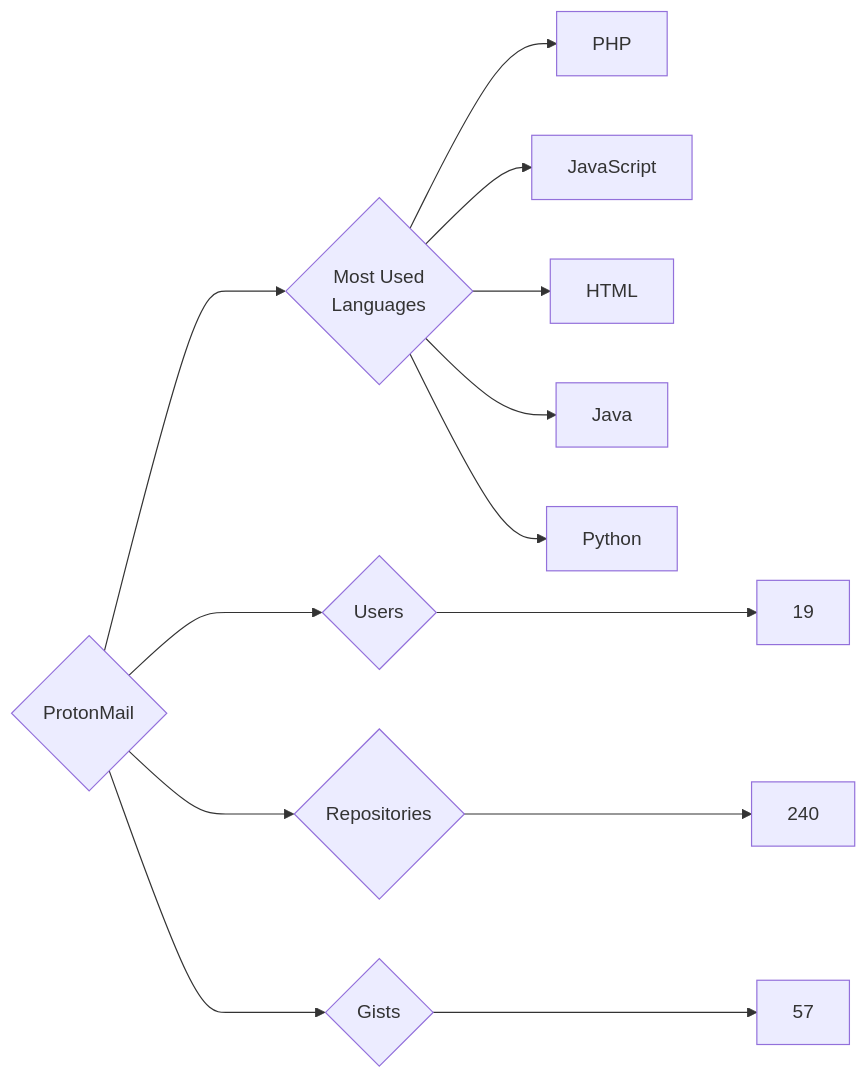
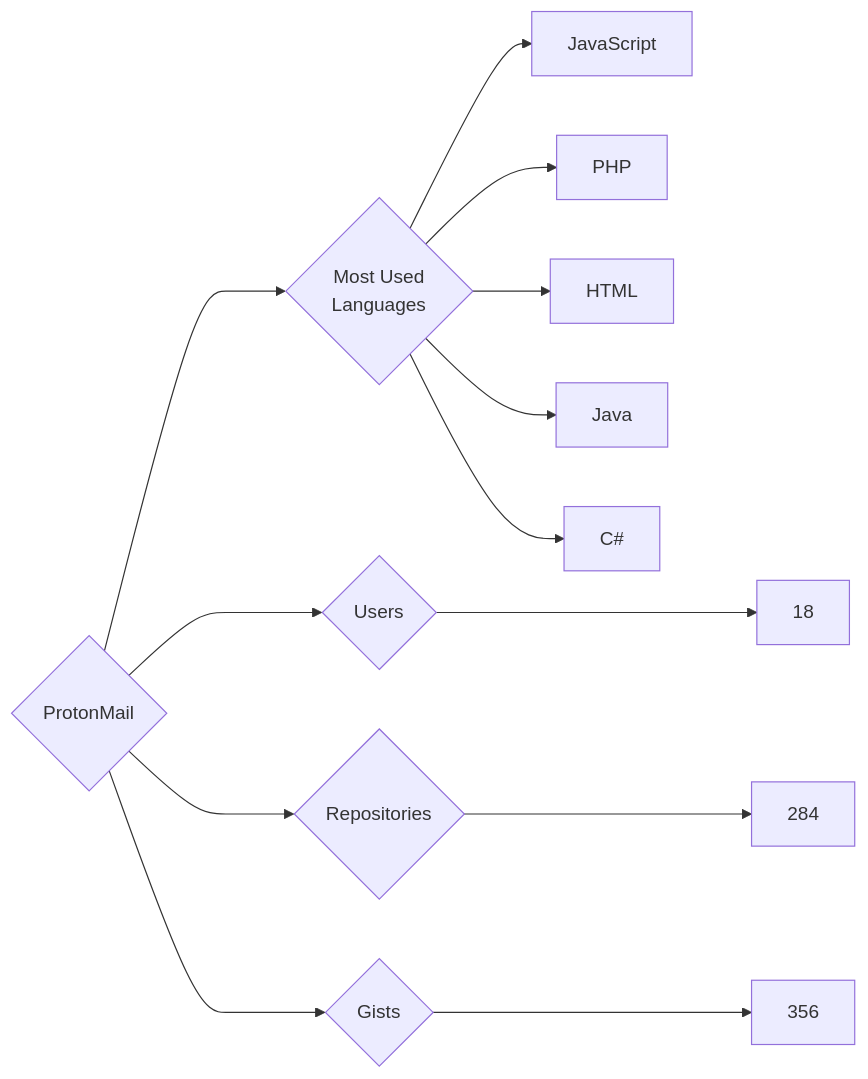
One commit to trickest/insiders changed the diagram in targets/ProtonMail/README.md. Above: the diagram before and after it, drawn with Mermaid. The commit also changed 1484 other files, not shown here.

````diff
--- a/targets/ProtonMail/README.md
+++ b/targets/ProtonMail/README.md
@@ -3,13 +3,13 @@
 ```mermaid
 graph LR
 COMPANY_NAME{ProtonMail}
-COMPANY_NAME ---> U{Users} ---> UN[19]
-COMPANY_NAME ---> R{Repositories} ---> RN[240]
-COMPANY_NAME ---> G{Gists} ---> GN[57]
+COMPANY_NAME ---> U{Users} ---> UN[18]
+COMPANY_NAME ---> R{Repositories} ---> RN[284]
+COMPANY_NAME ---> G{Gists} ---> GN[356]
 COMPANY_NAME ---> ML{Most Used<br>Languages}
+ML --> JavaScript[JavaScript]
 ML --> PHP[PHP]
-ML --> JavaScript[JavaScript]
 ML --> HTML[HTML]
 ML --> Java[Java]
-ML --> Python[Python]
+ML --> C#[C#]
 ```
````
